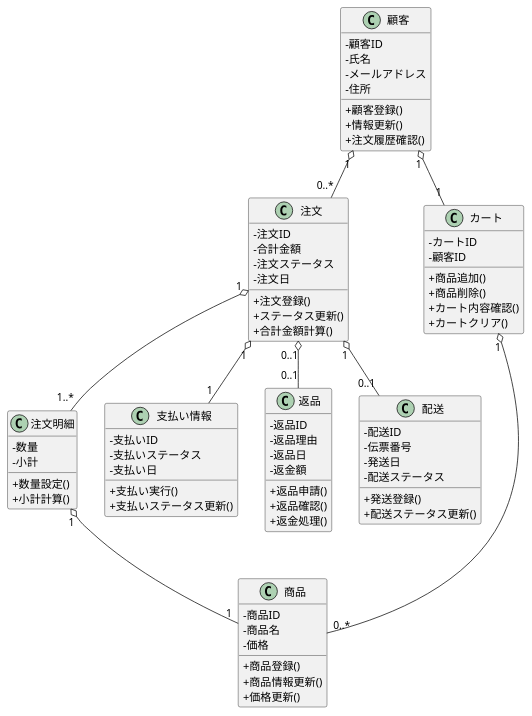
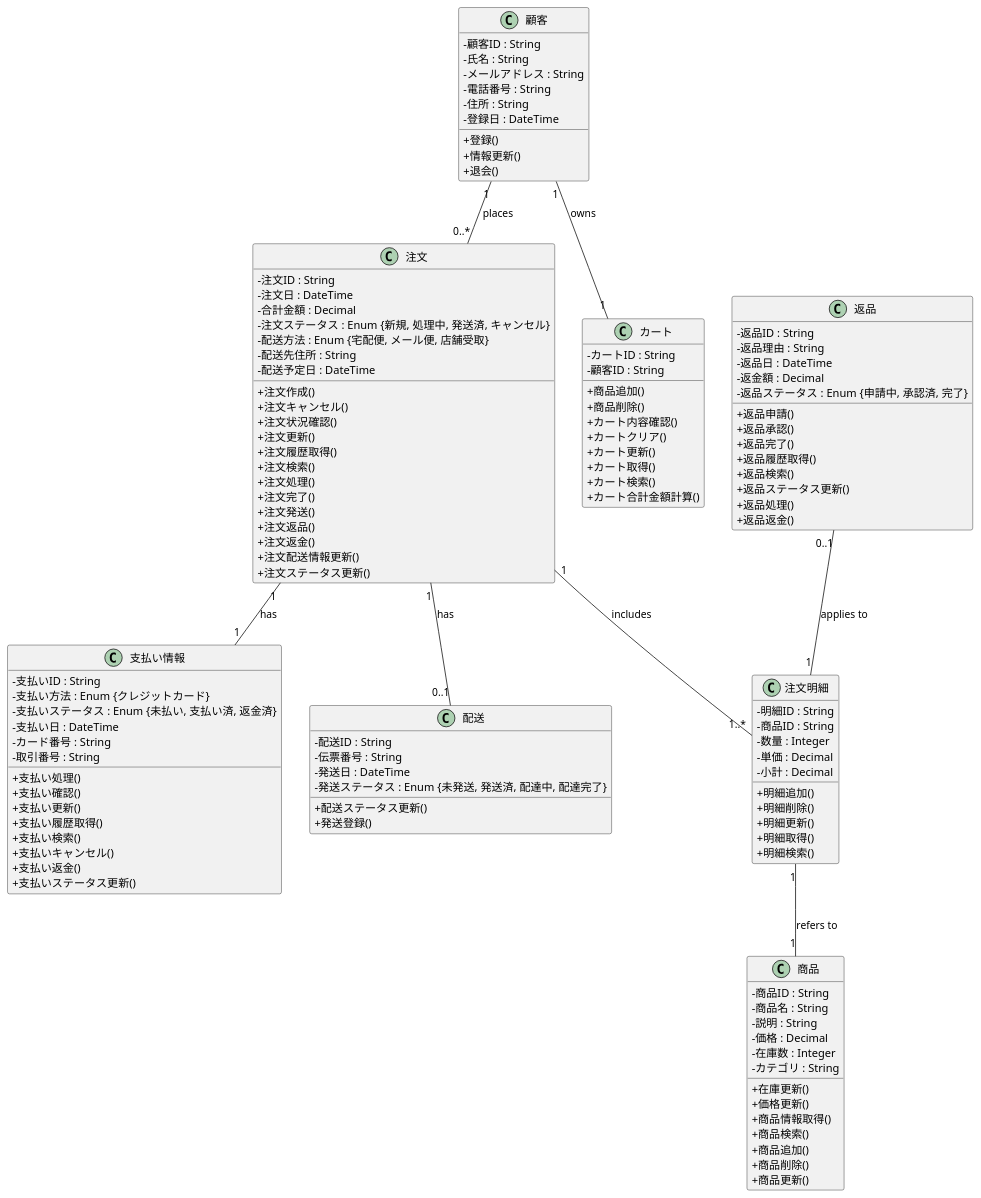
The diagram in group/BB/BBclass.pu (amaneko0608/ohara_uml), drawn with PlantUML before and after one commit. The commit also changed 12 other files, not shown here.

```diff
--- a/group/BB/BBclass.pu
+++ b/group/BB/BBclass.pu
@@ -1,93 +1,139 @@
-@startuml
+@startuml BBショップ注文管理ドメインモデル（詳細版）
+skinparam componentStyle rectangle
 skinparam classAttributeIconSize 0
-
-' 顧客クラス
+ 
+' 顧客エンティティ
 class 顧客 {
-  - 顧客ID
-  - 氏名
-  - メールアドレス
-  - 住所
-  + 顧客登録()
-  + 情報更新()
-  + 注文履歴確認()
+  -顧客ID : String
+  -氏名 : String
+  -メールアドレス : String
+  -電話番号 : String
+  -住所 : String
+  -登録日 : DateTime
+  +登録()
+  +情報更新()
+  +退会()
 }
-
-' 商品クラス
+ 
+' 商品エンティティ
 class 商品 {
-  - 商品ID
-  - 商品名
-  - 価格
-  + 商品登録()
-  + 商品情報更新()
-  + 価格更新()
+  -商品ID : String
+  -商品名 : String
+  -説明 : String
+  -価格 : Decimal
+  -在庫数 : Integer
+  -カテゴリ : String
+  +在庫更新()
+  +価格更新()
+  +商品情報取得()
+  +商品検索()
+  +商品追加()
+  +商品削除()
+  +商品更新()
 }
-
-' 注文明細クラス
+ 
+' 注文エンティティ
+class 注文 {
+  -注文ID : String
+  -注文日 : DateTime
+  -合計金額 : Decimal
+  -注文ステータス : Enum {新規, 処理中, 発送済, キャンセル}
+  -配送方法 : Enum {宅配便, メール便, 店舗受取}
+  -配送先住所 : String
+  -配送予定日 : DateTime
+  +注文作成()
+  +注文キャンセル()
+  +注文状況確認()
+  +注文更新()
+  +注文履歴取得()
+  +注文検索()
+  +注文処理()
+  +注文完了()
+  +注文発送()
+  +注文返品()
+  +注文返金()
+  +注文配送情報更新()
+  +注文ステータス更新()
+}
+ 
+' 注文明細エンティティ
 class 注文明細 {
-  - 数量
-  - 小計
-  + 数量設定()
-  + 小計計算()
+  -明細ID : String
+  -商品ID : String
+  -数量 : Integer
+  -単価 : Decimal
+  -小計 : Decimal
+  +明細追加()
+  +明細削除()
+  +明細更新()
+  +明細取得()
+  +明細検索()
 }
-
-' 注文クラス
-class 注文 {
-  - 注文ID
-  - 合計金額
-  - 注文ステータス
-  - 注文日
-  + 注文登録()
-  + ステータス更新()
-  + 合計金額計算()
+ 
+' 支払い情報エンティティ
+class 支払い情報 {
+  -支払いID : String
+  -支払い方法 : Enum {クレジットカード}
+  -支払いステータス : Enum {未払い, 支払い済, 返金済}
+  -支払い日 : DateTime
+  -カード番号 : String
+  -取引番号 : String
+  +支払い処理()
+  +支払い確認()
+  +支払い更新()
+  +支払い履歴取得()
+  +支払い検索()
+  +支払いキャンセル()
+  +支払い返金()
+  +支払いステータス更新()
 }
-
-' 支払い情報クラス
-class 支払い情報 {
-  - 支払いID
-  - 支払いステータス
-  - 支払い日
-  + 支払い実行()
-  + 支払いステータス更新()
+ 
+' 返品エンティティ
+class 返品 {
+  -返品ID : String
+  -返品理由 : String
+  -返品日 : DateTime
+  -返金額 : Decimal
+  -返品ステータス : Enum {申請中, 承認済, 完了}
+  +返品申請()
+  +返品承認()
+  +返品完了()
+  +返品履歴取得()
+  +返品検索()
+  +返品ステータス更新()
+  +返品処理()
+  +返品返金()
 }
-
-' 返品クラス
-class 返品 {
-  - 返品ID
-  - 返品理由
-  - 返品日
-  - 返金額
-  + 返品申請()
-  + 返品確認()
-  + 返金処理()
-}
-
-' 配送クラス
-class 配送 {
-  - 配送ID
-  - 伝票番号
-  - 発送日
-  - 配送ステータス
-  + 発送登録()
-  + 配送ステータス更新()
-}
-
+ 
 class カート {
-  -カートID
-  -顧客ID
+  -カートID : String
+  -顧客ID : String
   +商品追加()
   +商品削除()
   +カート内容確認()
   +カートクリア()
+  +カート更新()
+  +カート取得()
+  +カート検索()
+  +カート合計金額計算()
 }
-
+ 
+class 配送 {
+  -配送ID : String
+  -伝票番号 : String
+  -発送日 : DateTime
+  -発送ステータス : Enum {未発送, 発送済, 配達中, 配達完了}
+  +配送ステータス更新()
+  +発送登録()
+}
+ 
 ' 関係
-顧客 "1" o-- "0..*" 注文
-顧客 "1" o-- "1" カート
-カート "1" o-- "0..*" 商品
-注文 "1" o-- "1..*" 注文明細
-注文明細 "1" o-- "1" 商品
-注文 "1" o-- "1" 支払い情報
-注文 "0..1" o-- "0..1" 返品
-注文 "1" o-- "0..1" 配送
-
+顧客 "1" -- "0..*" 注文 : places
+注文 "1" -- "1..*" 注文明細 : includes
+注文 "1" -- "1" 支払い情報 : has
+注文明細 "1" -- "1" 商品 : refers to
+返品 "0..1" -- "1" 注文明細 : applies to
+注文 "1" -- "0..1" 配送 : has
+顧客 "1" -- "1" カート : owns
+ 
 @enduml
```
